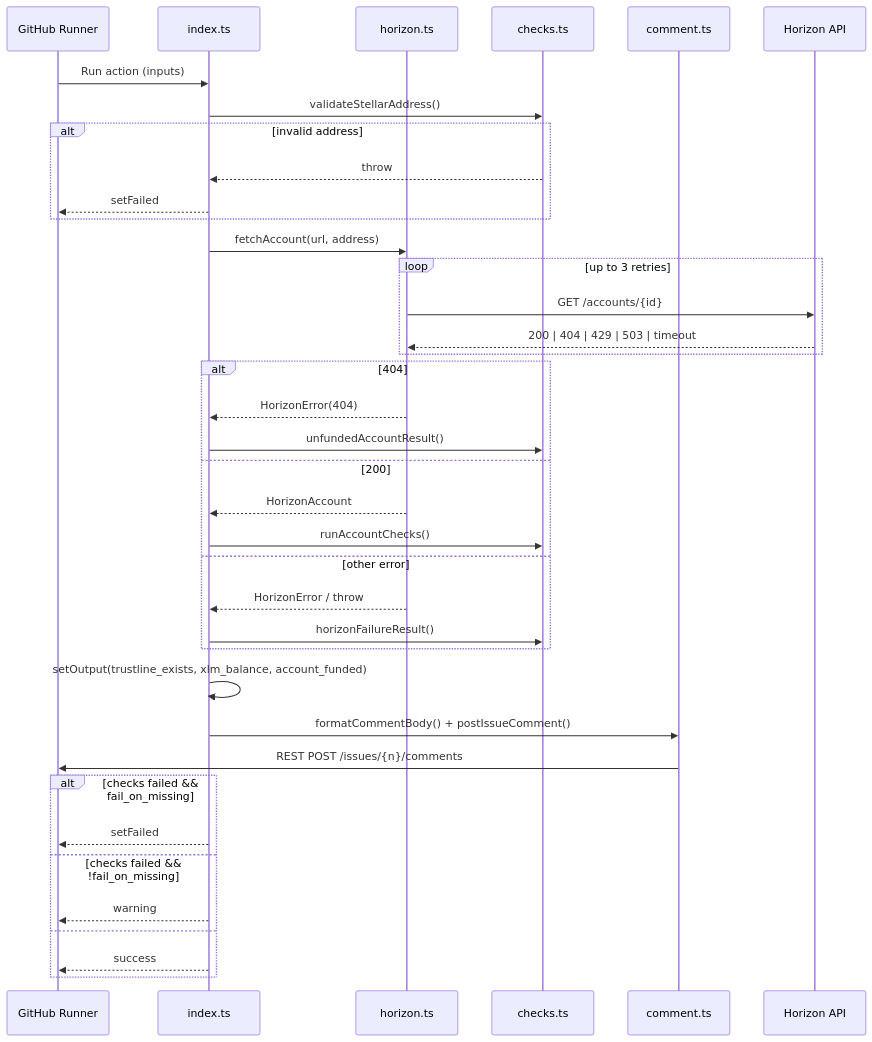
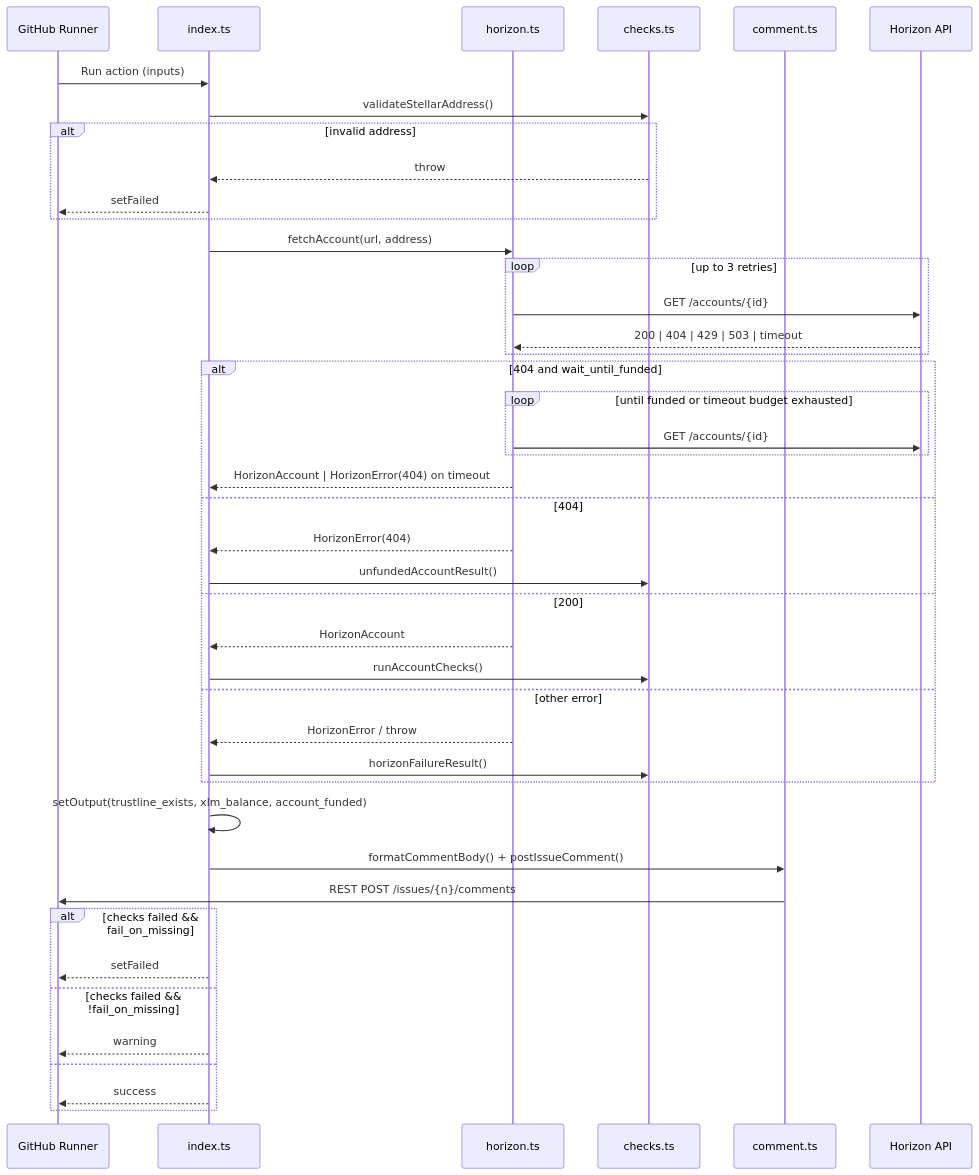
Before and after one commit to Stellar-TrustBridge/trustbridge-action: the second of 2 diagrams in docs/ARCHITECTURE.md, drawn with Mermaid. The commit also changed 14 other files, not shown here.

First line of the commit message:
feat(action-010): document-wait-until-funded-polling-i

````diff
--- a/docs/ARCHITECTURE.md
+++ b/docs/ARCHITECTURE.md
@@ -59,41 +59,46 @@
 ```mermaid
 sequenceDiagram
   participant GH as GitHub Runner
   participant IDX as index.ts
   participant HOR as horizon.ts
   participant CHK as checks.ts
   participant CMT as comment.ts
   participant HZ as Horizon API
 
   GH->>IDX: Run action (inputs)
   IDX->>CHK: validateStellarAddress()
   alt invalid address
     CHK-->>IDX: throw
     IDX-->>GH: setFailed
   end
   IDX->>HOR: fetchAccount(url, address)
   loop up to 3 retries
     HOR->>HZ: GET /accounts/{id}
     HZ-->>HOR: 200 | 404 | 429 | 503 | timeout
   end
-  alt 404
+  alt 404 and wait_until_funded
+    loop until funded or timeout budget exhausted
+      HOR->>HZ: GET /accounts/{id}
+    end
+    HOR-->>IDX: HorizonAccount | HorizonError(404) on timeout
+  else 404
     HOR-->>IDX: HorizonError(404)
     IDX->>CHK: unfundedAccountResult()
   else 200
     HOR-->>IDX: HorizonAccount
     IDX->>CHK: runAccountChecks()
   else other error
     HOR-->>IDX: HorizonError / throw
     IDX->>CHK: horizonFailureResult()
   end
   IDX->>IDX: setOutput(trustline_exists, xlm_balance, account_funded)
   IDX->>CMT: formatCommentBody() + postIssueComment()
   CMT->>GH: REST POST /issues/{n}/comments
   alt checks failed && fail_on_missing
     IDX-->>GH: setFailed
   else checks failed && !fail_on_missing
     IDX-->>GH: warning
   else
     IDX-->>GH: success
   end
 ```
````
